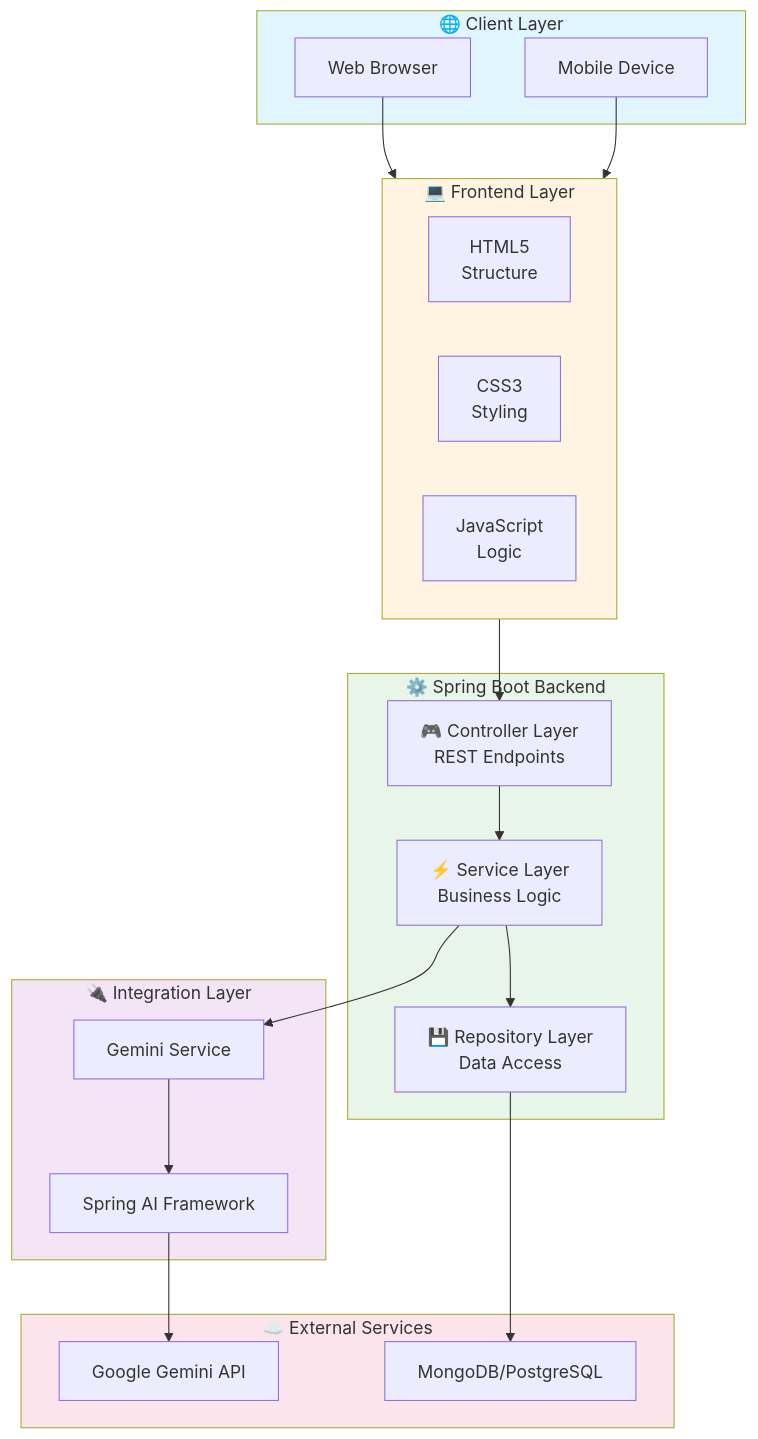
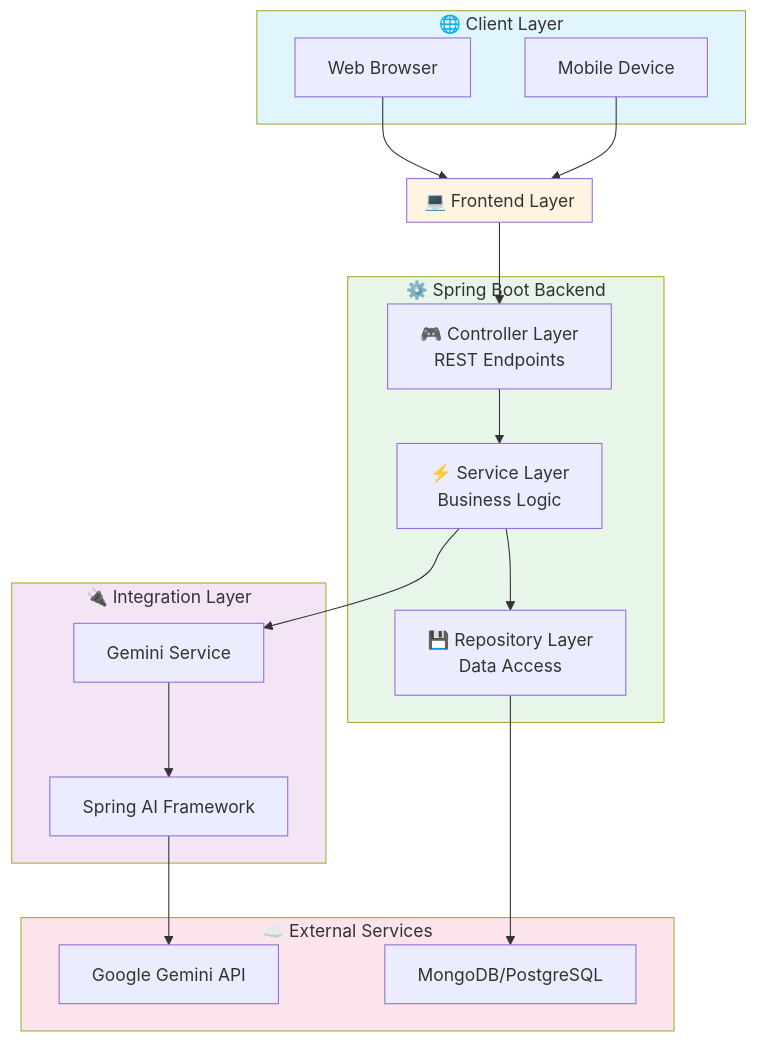
One commit to Marouazzz/research-assistant changed the first of 17 diagrams in README.md. Above: the diagram before and after it, drawn with Mermaid.

````diff
--- a/README.md
+++ b/README.md
@@ -69,45 +69,42 @@
 ```mermaid
 graph TB
     subgraph Client["🌐 Client Layer"]
         Browser["Web Browser"]
         Mobile["Mobile Device"]
     end
     
     subgraph Frontend["💻 Frontend Layer"]
-        HTML["HTML5<br/>Structure"]
-        CSS["CSS3<br/>Styling"]
-        JS["JavaScript<br/>Logic"]
     end
     
     subgraph Backend["⚙️ Spring Boot Backend"]
         Controller["🎮 Controller Layer<br/>REST Endpoints"]
         Service["⚡ Service Layer<br/>Business Logic"]
         Repository["💾 Repository Layer<br/>Data Access"]
     end
     
     subgraph Integration["🔌 Integration Layer"]
         SpringAI["Spring AI Framework"]
         GeminiService["Gemini Service"]
     end
     
     subgraph External["☁️ External Services"]
         GeminiAPI["Google Gemini API"]
         Database["MongoDB/PostgreSQL"]
     end
     
     Browser --> Frontend
     Mobile --> Frontend
     Frontend --> Controller
     Controller --> Service
     Service --> GeminiService
     Service --> Repository
     GeminiService --> SpringAI
     SpringAI --> GeminiAPI
     Repository --> Database
     
     style Client fill:#e1f5ff
     style Frontend fill:#fff4e1
     style Backend fill:#e8f5e9
     style Integration fill:#f3e5f5
     style External fill:#fce4ec
 ```
````
